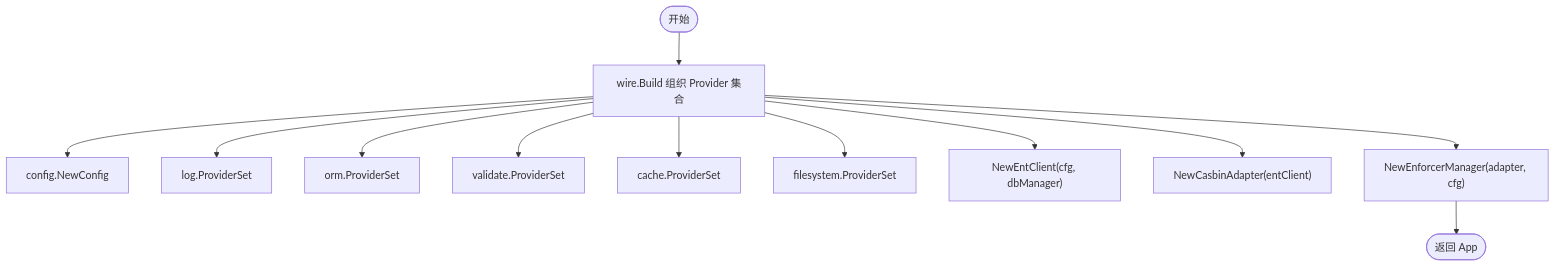
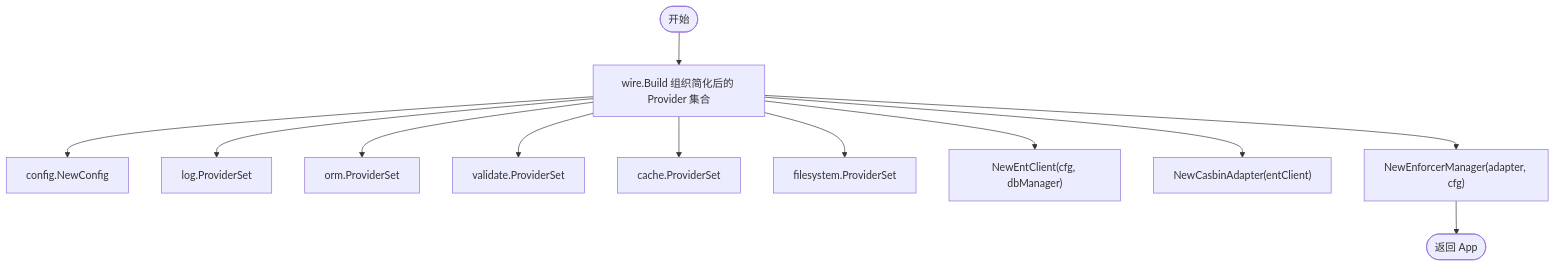
The fourth of 8 diagrams in .qoder/repowiki/zh/content/系统架构设计/依赖注入系统.md (wuwuseo/e-sports-go-admin), drawn with Mermaid before and after one commit. The commit also changed other lines of this file and 26 other files, not shown here.

````diff
--- a/.qoder/repowiki/zh/content/系统架构设计/依赖注入系统.md
+++ b/.qoder/repowiki/zh/content/系统架构设计/依赖注入系统.md
@@ -159,14 +172,14 @@
 ```mermaid
 flowchart TD
-Start(["开始"]) --> Build["wire.Build 组织 Provider 集合"]
+Start(["开始"]) --> Build["wire.Build 组织简化后的 Provider 集合"]
 Build --> Cfg["config.NewConfig"]
 Build --> Log["log.ProviderSet"]
 Build --> ORM["orm.ProviderSet"]
 Build --> Val["validate.ProviderSet"]
 Build --> Cache["cache.ProviderSet"]
 Build --> FS["filesystem.ProviderSet"]
 Build --> Ent["NewEntClient(cfg, dbManager)"]
 Build --> Adapter["NewCasbinAdapter(entClient)"]
 Build --> EM["NewEnforcerManager(adapter, cfg)"]
 EM --> End(["返回 App"])
 ```
````
